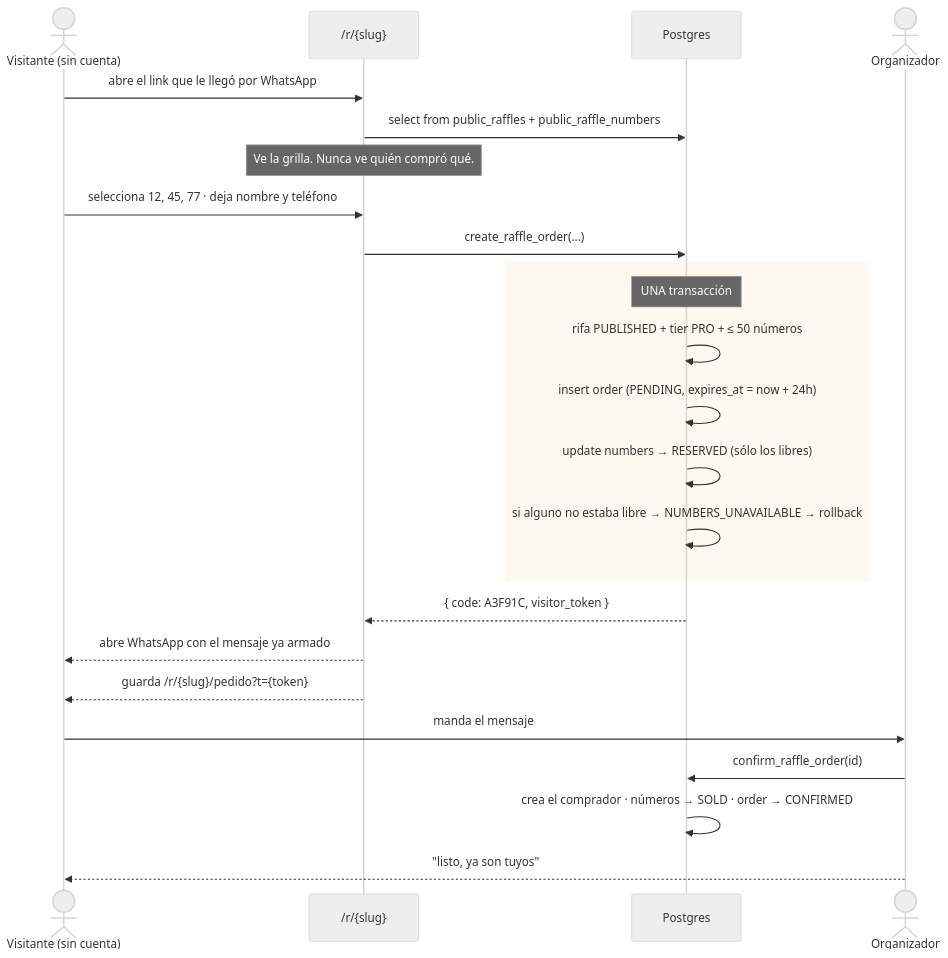
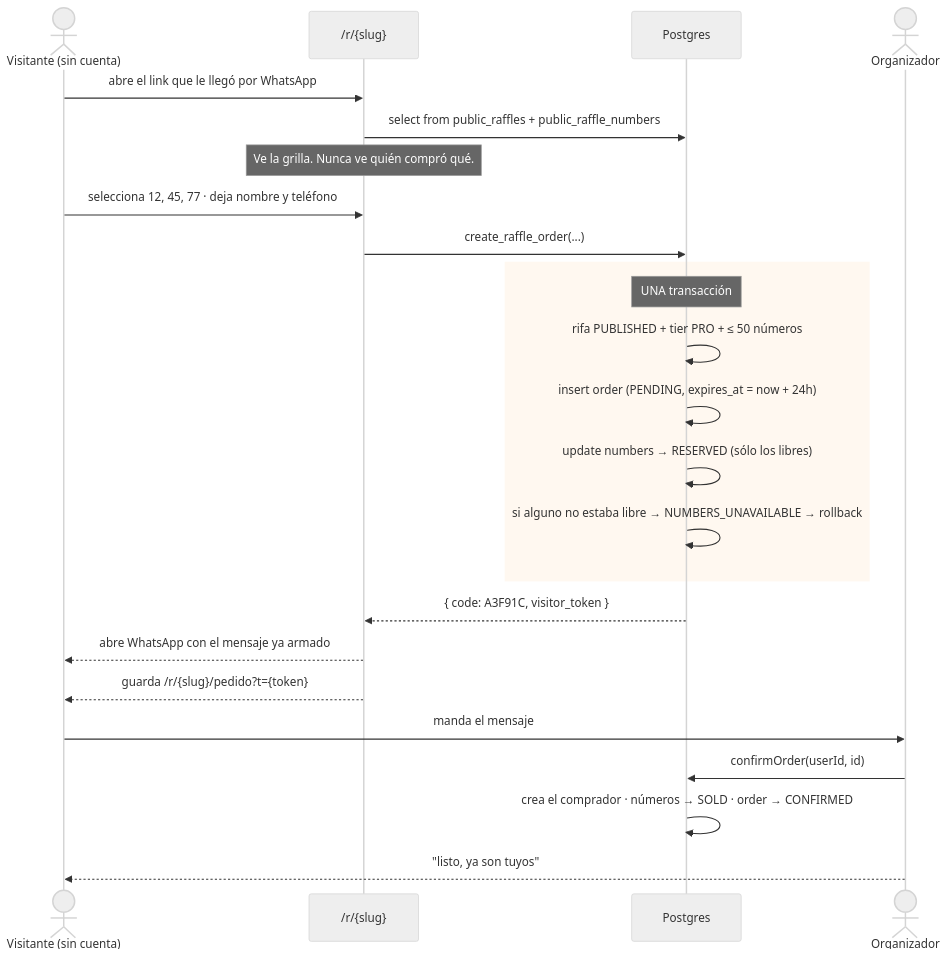
The third of 5 diagrams in docs/05-flujos.md (mauroviveros/rifate.app), drawn with Mermaid (neutral theme) before and after one commit. The commit also changed other lines of this file and 5 other files, not shown here.

Commit message:
docs: :memo: rewrite architecture and align every doc with the final stack

````diff
--- a/docs/05-flujos.md
+++ b/docs/05-flujos.md
@@ -77,31 +67,31 @@
 ```mermaid
 sequenceDiagram
     actor V as Visitante (sin cuenta)
     participant P as /r/{slug}
     participant DB as Postgres
     actor O as Organizador
 
     V->>P: abre el link que le llegó por WhatsApp
     P->>DB: select from public_raffles + public_raffle_numbers
     Note over P: Ve la grilla. Nunca ve quién compró qué.
 
     V->>P: selecciona 12, 45, 77 · deja nombre y teléfono
     P->>DB: create_raffle_order(...)
 
     rect rgb(255, 248, 240)
     Note over DB: UNA transacción
     DB->>DB: rifa PUBLISHED + tier PRO + ≤ 50 números
     DB->>DB: insert order (PENDING, expires_at = now + 24h)
     DB->>DB: update numbers → RESERVED (sólo los libres)
     DB->>DB: si alguno no estaba libre → NUMBERS_UNAVAILABLE → rollback
     end
 
     DB-->>P: { code: A3F91C, visitor_token }
     P-->>V: abre WhatsApp con el mensaje ya armado
     P-->>V: guarda /r/{slug}/pedido?t={token}
 
     V->>O: manda el mensaje
-    O->>DB: confirm_raffle_order(id)
+    O->>DB: confirmOrder(userId, id)
     DB->>DB: crea el comprador · números → SOLD · order → CONFIRMED
     O-->>V: "listo, ya son tuyos"
 ```
````
